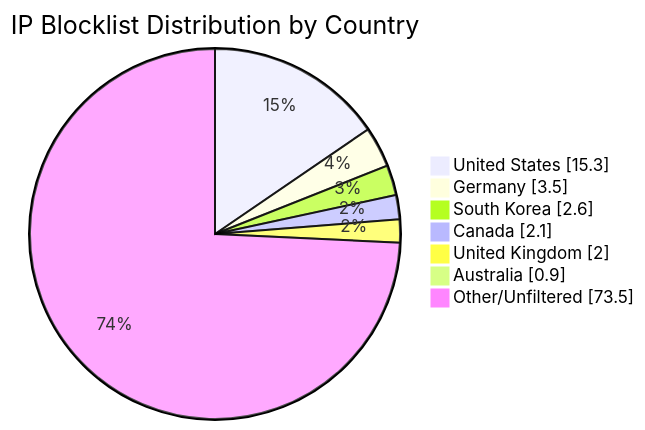
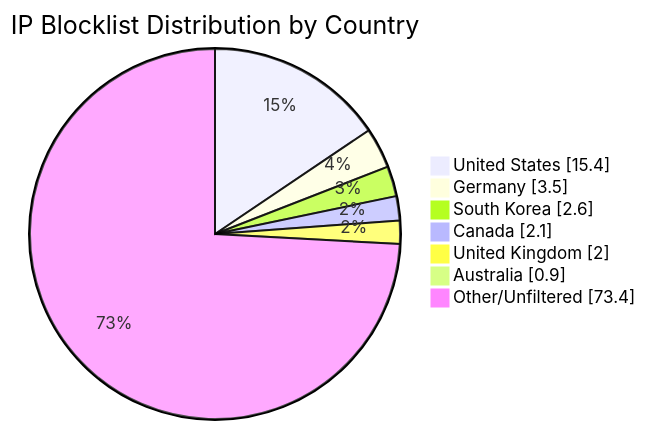
The diagram in README.md (MarcusHoltz/ipblocklist-geofiltered-aggregator), drawn with Mermaid before and after one commit. The commit also changed other lines of this file and 9 other files, not shown here.

````diff
--- a/README.md
+++ b/README.md
@@ -34,10 +34,10 @@
 ```mermaid
 pie showData title IP Blocklist Distribution by Country
-"United States" : 15.3
+"United States" : 15.4
 "Germany" : 3.5
 "South Korea" : 2.6
 "Canada" : 2.1
 "United Kingdom" : 2.0
 "Australia" : 0.9
-"Other/Unfiltered" : 73.5
+"Other/Unfiltered" : 73.4
 ```
````
